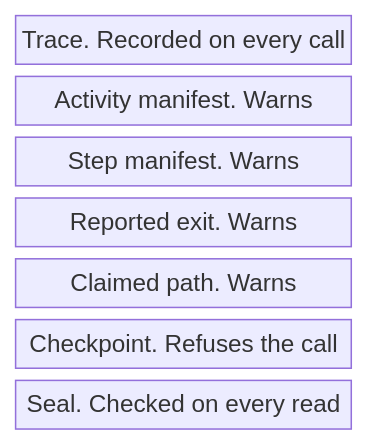
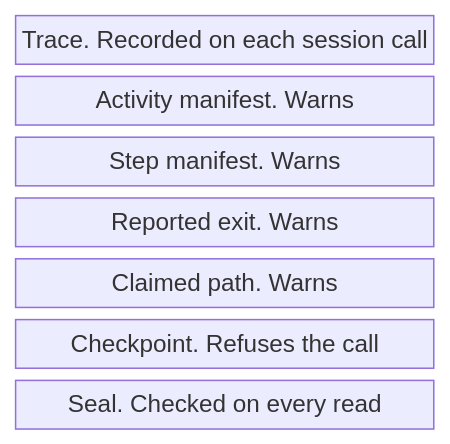
Before and after one commit to m2ux/workflow-server: the first of 16 diagrams in docs/fidelity.md, drawn with Mermaid. The commit also changed other lines of this file and 16 other files, not shown here.

````diff
--- a/docs/fidelity.md
+++ b/docs/fidelity.md
@@ -15,11 +15,11 @@
 ```mermaid
 block-beta
 columns 1
-Trace["Trace. Recorded on every call"]
+Trace["Trace. Recorded on each session call"]
 Activity["Activity manifest. Warns"]
 Step["Step manifest. Warns"]
 Exit["Reported exit. Warns"]
 Path["Claimed path. Warns"]
 Checkpoint["Checkpoint. Refuses the call"]
 Seal["Seal. Checked on every read"]
 ```
````
